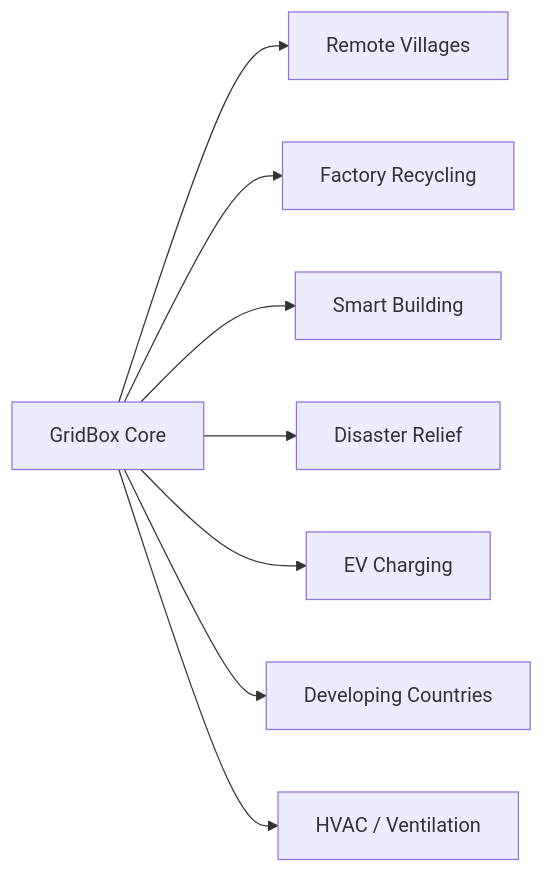
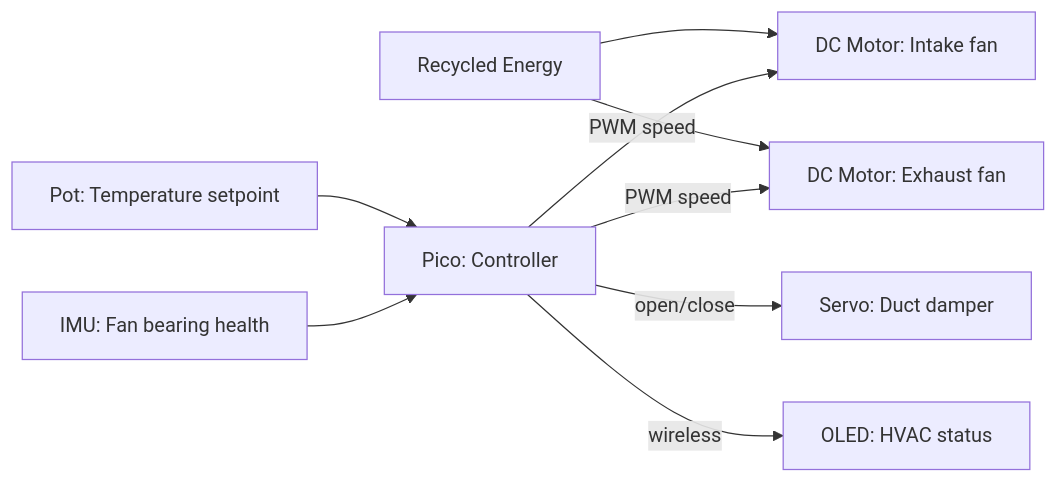
Before and after one commit to doyun-gu/hack-a-bot-2026: the fifth of 11 diagrams in docs/gridbox-proposal.md, drawn with Mermaid. The commit also changed other lines of this file, not shown here.

First line of the commit message:
Revise GridBox: power input assumed, motors as actuators

````diff
--- a/docs/gridbox-proposal.md
+++ b/docs/gridbox-proposal.md
@@ -293,11 +153,11 @@
 ```mermaid
 graph LR
-    GRIDBOX[GridBox Core]
-    GRIDBOX --> APP1[Remote Villages]
-    GRIDBOX --> APP2[Factory Recycling]
-    GRIDBOX --> APP3[Smart Building]
-    GRIDBOX --> APP4[Disaster Relief]
-    GRIDBOX --> APP5[EV Charging]
-    GRIDBOX --> APP6[Developing Countries]
-    GRIDBOX --> APP7[HVAC / Ventilation]
+    ENERGY[Recycled Energy] --> FAN[DC Motor: Intake fan]
+    ENERGY --> EXHAUST[DC Motor: Exhaust fan]
+    POT[Pot: Temperature setpoint] --> PICO[Pico: Controller]
+    IMU[IMU: Fan bearing health] --> PICO
+    PICO -->|PWM speed| FAN
+    PICO -->|PWM speed| EXHAUST
+    PICO -->|open/close| DAMPER[Servo: Duct damper]
+    PICO -->|wireless| DASH[OLED: HVAC status]
 ```
````
